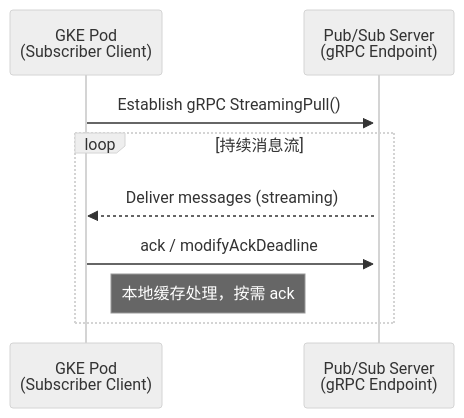
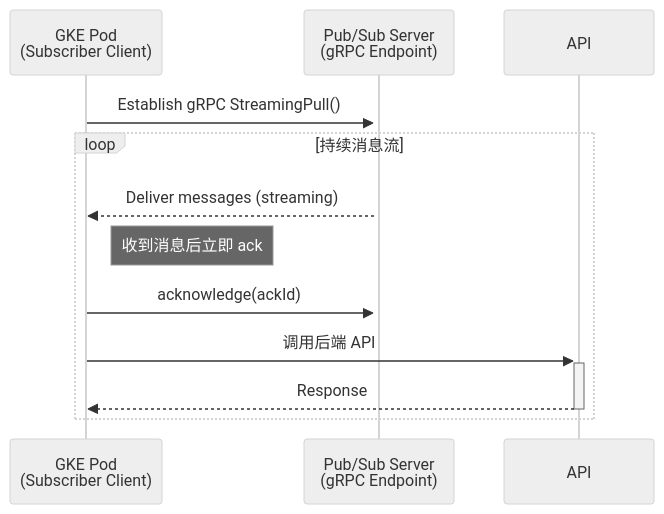
Before and after one commit to aibangjuxin/knowledge: the first of 12 diagrams in gcp/pub-sub/flow-and-concept.md, drawn with Mermaid (neutral theme). The commit also changed other lines of this file and 3 other files, not shown here.

````diff
--- a/gcp/pub-sub/flow-and-concept.md
+++ b/gcp/pub-sub/flow-and-concept.md
@@ -21,12 +20,14 @@
 ```mermaid
 sequenceDiagram
     participant SS as GKE Pod<br/>(Subscriber Client)
     participant PS as Pub/Sub Server<br/>(gRPC Endpoint)
 
     SS->>+PS: Establish gRPC StreamingPull()
     loop 持续消息流
         PS-->>SS: Deliver messages (streaming)
-        SS->>PS: ack / modifyAckDeadline
-        Note right of SS: 本地缓存处理，按需 ack
+        Note right of SS: 收到消息后立即 ack
+        SS->>PS: acknowledge(ackId)
+        SS->>+API: 调用后端 API
+        API-->>-SS: Response
     end
 ```
````
